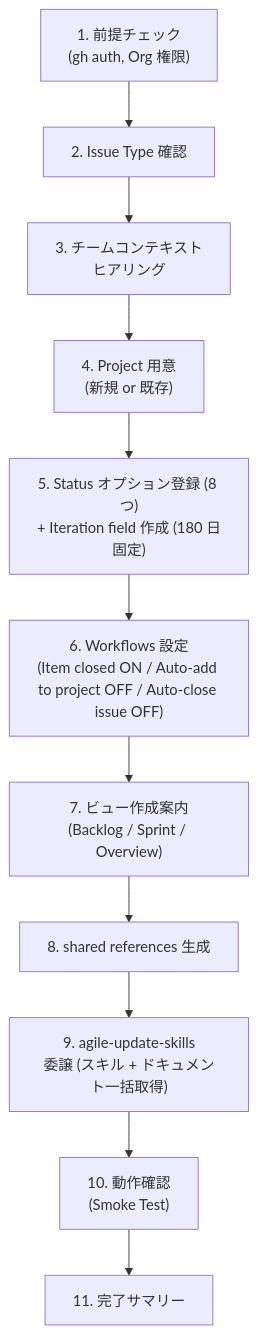
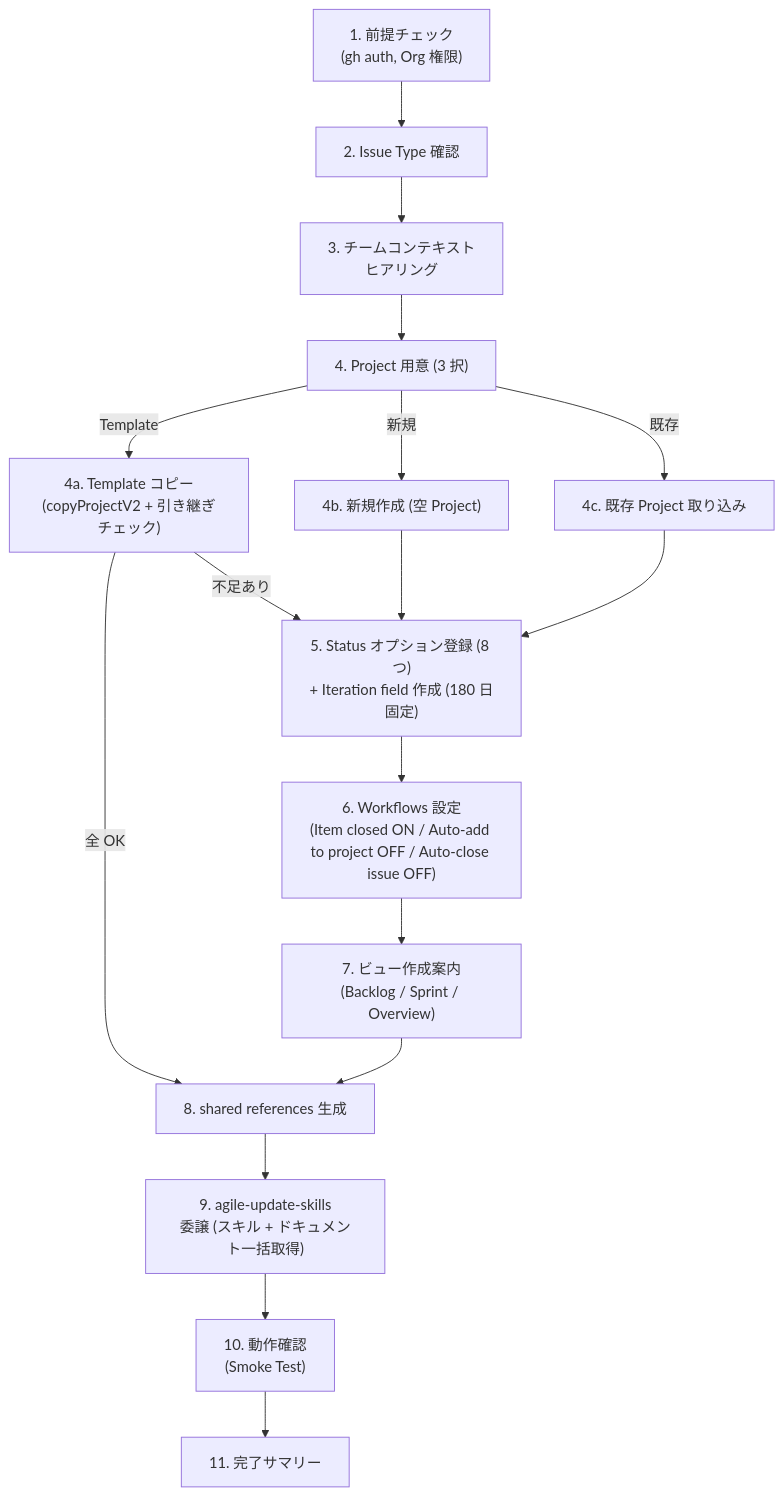
The diagram in skills/agile-setup-project/SKILL.md (mrtry-lab/skills), drawn with Mermaid before and after one commit. The commit also changed other lines of this file and 3 other files, not shown here.

First line of the commit message:
feat(setup-project): Project Template (copyProjectV2) を main path に

````diff
--- a/skills/agile-setup-project/SKILL.md
+++ b/skills/agile-setup-project/SKILL.md
@@ -34,16 +36,26 @@
 ```mermaid
 flowchart TB
   pre["1. 前提チェック\n(gh auth, Org 権限)"]
   it["2. Issue Type 確認"]
   ctx["3. チームコンテキスト\nヒアリング"]
-  proj["4. Project 用意\n(新規 or 既存)"]
+  proj_ask["4. Project 用意 (3 択)"]
+  template["4a. Template コピー\n(copyProjectV2 + 引き継ぎチェック)"]
+  new_proj["4b. 新規作成 (空 Project)"]
+  existing_proj["4c. 既存 Project 取り込み"]
   status["5. Status オプション登録 (8 つ)\n+ Iteration field 作成 (180 日固定)"]
   done["6. Workflows 設定\n(Item closed ON / Auto-add to project OFF / Auto-close issue OFF)"]
   views["7. ビュー作成案内\n(Backlog / Sprint / Overview)"]
   refs["8. shared references 生成"]
   docs["9. agile-update-skills\n委譲 (スキル + ドキュメント一括取得)"]
   smoke["10. 動作確認\n(Smoke Test)"]
   summary["11. 完了サマリー"]
 
-  pre --> it --> ctx --> proj --> status --> done --> views --> refs --> docs --> smoke --> summary
+  pre --> it --> ctx --> proj_ask
+  proj_ask -->|Template| template
+  proj_ask -->|新規| new_proj --> status
+  proj_ask -->|既存| existing_proj --> status
+  template -->|全 OK| refs
+  template -->|不足あり| status
+  status --> done --> views --> refs
+  refs --> docs --> smoke --> summary
 ```
````
